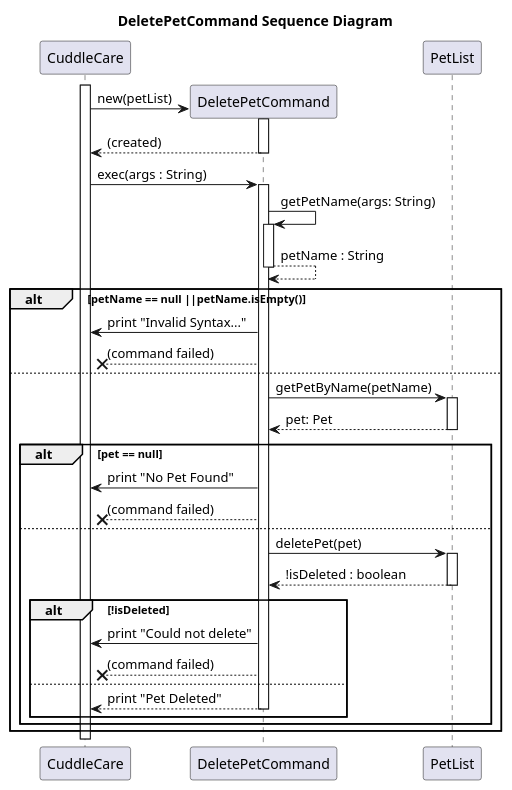
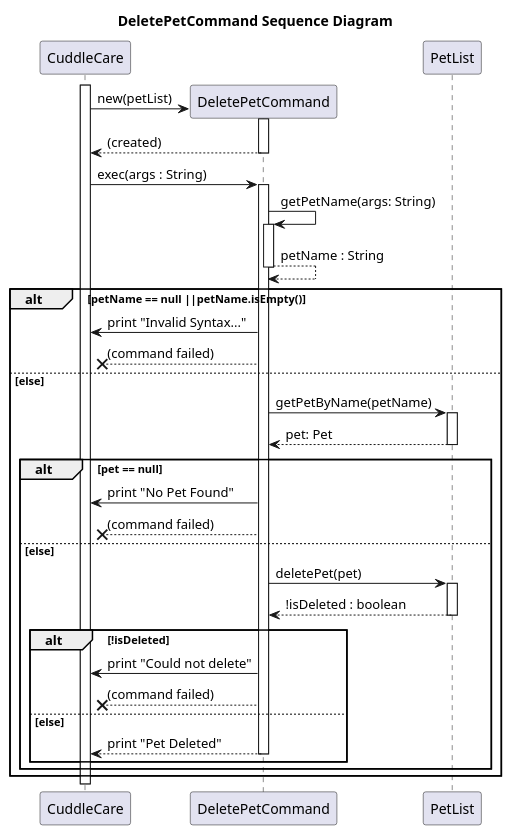
The diagram in docs/uml/DeletePetCommandSequenceDiagram.puml (Kevin88866/tp), drawn with PlantUML before and after one commit.

Commit message:
Add else in diagram

```diff
--- a/docs/uml/DeletePetCommandSequenceDiagram.puml
+++ b/docs/uml/DeletePetCommandSequenceDiagram.puml
@@ -1,54 +1,54 @@
 @startuml
 title DeletePetCommand Sequence Diagram
 
 activate CuddleCare
 
 ' Constructor
 CuddleCare -> DeletePetCommand** : new(petList)
 activate DeletePetCommand
 return (created)
 
 ' Exec Method
 CuddleCare -> DeletePetCommand : exec(args : String)
 activate DeletePetCommand
 
 ' getPetName Method
 DeletePetCommand -> DeletePetCommand : getPetName(args: String)
 activate DeletePetCommand
 return petName : String
 
 ' if input was invalid
 alt petName == null ||petName.isEmpty()
     DeletePetCommand -> CuddleCare : print "Invalid Syntax..."
     DeletePetCommand --x CuddleCare : (command failed)
 
-else
+else else
     DeletePetCommand -> PetList : getPetByName(petName)
     activate PetList
     return pet: Pet
 
     ' if invalid pet
     alt pet == null
         DeletePetCommand -> CuddleCare : print "No Pet Found"
         DeletePetCommand --x CuddleCare : (command failed)
 
-    else
+    else else
         DeletePetCommand -> PetList : deletePet(pet)
         activate PetList
         return !isDeleted : boolean
 
         ' if some error in deleting the pet
         alt !isDeleted
             DeletePetCommand -> CuddleCare : print "Could not delete"
             DeletePetCommand --x CuddleCare : (command failed)
 
-        else
+        else else
             ' happy path
             return print "Pet Deleted"
         end
 
     end
 
 end
 
 @enduml
```
